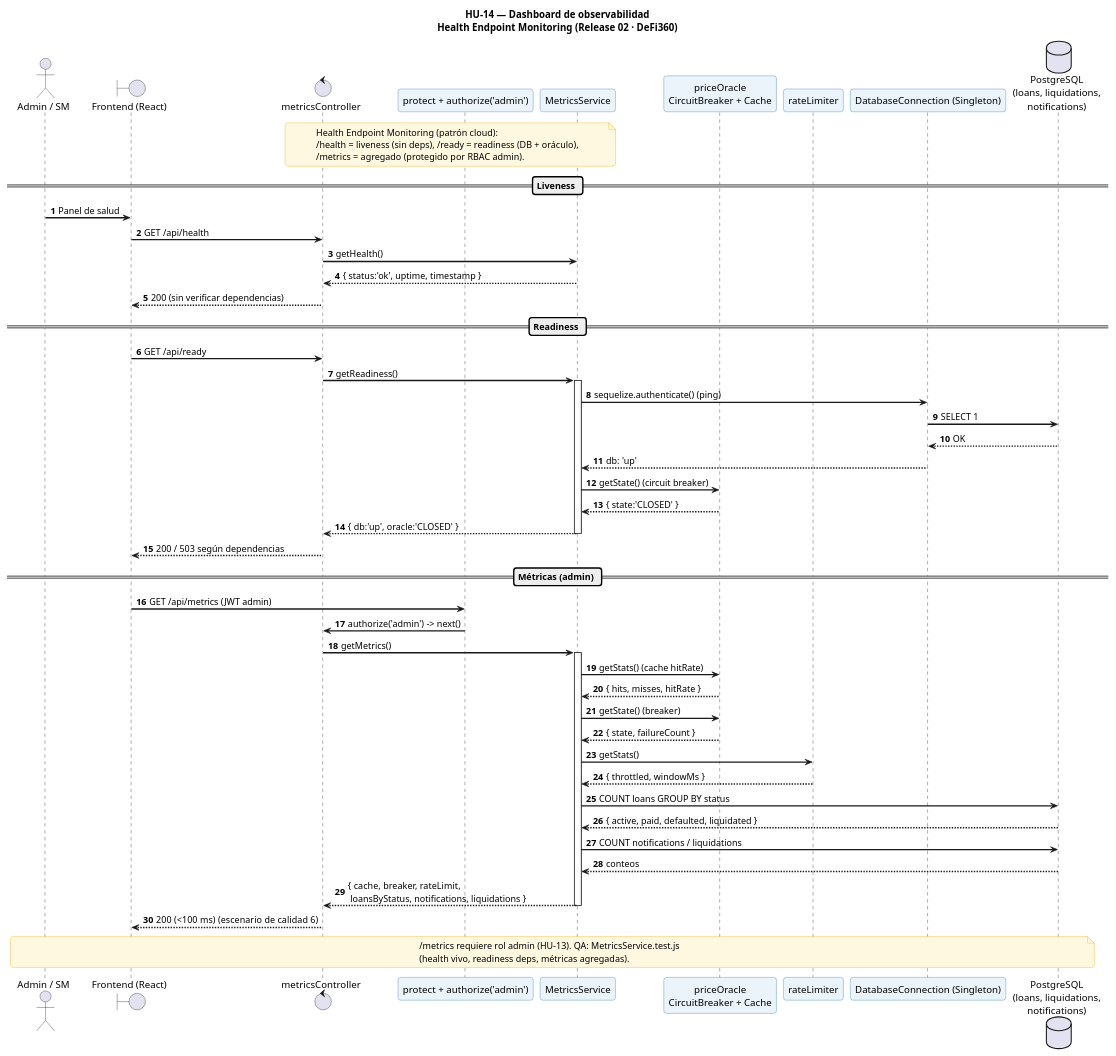
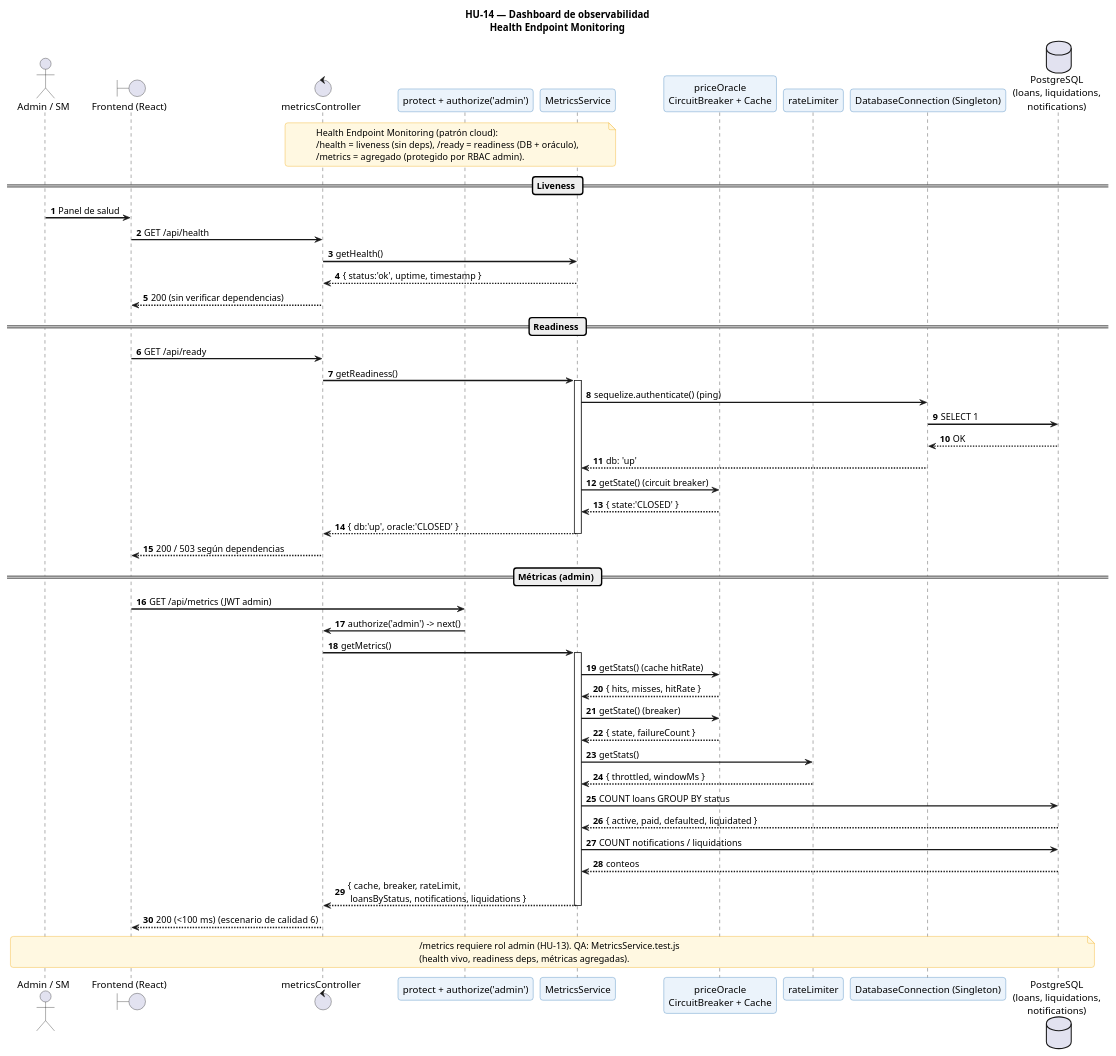
One commit to Brando-01/Software2 changed the diagram in Release 02/Diagramas/HU-14_Observabilidad_secuencia.puml. Above: the diagram before and after it, drawn with PlantUML. The commit also changed 13 other files, not shown here.

Commit message:
Resolucion de la HU09, respecto a la actualizacion de diagramas de secuencia y de clases, e implementacion de los states y commands

```diff
--- a/Release 02/Diagramas/HU-14_Observabilidad_secuencia.puml
+++ b/Release 02/Diagramas/HU-14_Observabilidad_secuencia.puml
@@ -1,74 +1,74 @@
 @startuml HU14_Observabilidad_secuencia
-title HU-14 — Dashboard de observabilidad\nHealth Endpoint Monitoring (Release 02 · DeFi360)
+title HU-14 — Dashboard de observabilidad\nHealth Endpoint Monitoring
 
 skinparam sequenceArrowThickness 2
 skinparam roundcorner 8
 skinparam sequenceParticipantBorderColor #2E75B6
 skinparam sequenceParticipantBackgroundColor #EBF3FB
 skinparam noteBorderColor #F0A500
 skinparam noteBackgroundColor #FFF8E1
 
 actor       "Admin / SM"                       as Admin
 boundary    "Frontend (React)"                 as UI
 control     "metricsController"                as MC
 participant "protect + authorize('admin')"     as MW
 participant "MetricsService"                   as MS
 participant "priceOracle\nCircuitBreaker + Cache" as ORA
 participant "rateLimiter"                       as RL
 participant "DatabaseConnection (Singleton)"    as DBC
 database    "PostgreSQL\n(loans, liquidations,\nnotifications)" as DB
 
 autonumber
 
 note over MC, MS
   Health Endpoint Monitoring (patrón cloud):
   /health = liveness (sin deps), /ready = readiness (DB + oráculo),
   /metrics = agregado (protegido por RBAC admin).
 end note
 
 == Liveness ==
 Admin -> UI : Panel de salud
 UI -> MC : GET /api/health
 MC -> MS : getHealth()
 MS --> MC : { status:'ok', uptime, timestamp }
 MC --> UI : 200 (sin verificar dependencias)
 
 == Readiness ==
 UI -> MC : GET /api/ready
 MC -> MS : getReadiness()
 activate MS
 MS -> DBC : sequelize.authenticate() (ping)
 DBC -> DB : SELECT 1
 DB --> DBC : OK
 DBC --> MS : db: 'up'
 MS -> ORA : getState() (circuit breaker)
 ORA --> MS : { state:'CLOSED' }
 MS --> MC : { db:'up', oracle:'CLOSED' }
 deactivate MS
 MC --> UI : 200 / 503 según dependencias
 
 == Métricas (admin) ==
 UI -> MW : GET /api/metrics (JWT admin)
 MW -> MC : authorize('admin') -> next()
 MC -> MS : getMetrics()
 activate MS
 MS -> ORA : getStats() (cache hitRate)
 ORA --> MS : { hits, misses, hitRate }
 MS -> ORA : getState() (breaker)
 ORA --> MS : { state, failureCount }
 MS -> RL : getStats()
 RL --> MS : { throttled, windowMs }
 MS -> DB : COUNT loans GROUP BY status
 DB --> MS : { active, paid, defaulted, liquidated }
 MS -> DB : COUNT notifications / liquidations
 DB --> MS : conteos
 MS --> MC : { cache, breaker, rateLimit,\n loansByStatus, notifications, liquidations }
 deactivate MS
 MC --> UI : 200 (<100 ms)  (escenario de calidad 6)
 
 note over Admin, DB
   /metrics requiere rol admin (HU-13). QA: MetricsService.test.js
   (health vivo, readiness deps, métricas agregadas).
 end note
 
 @enduml
```
